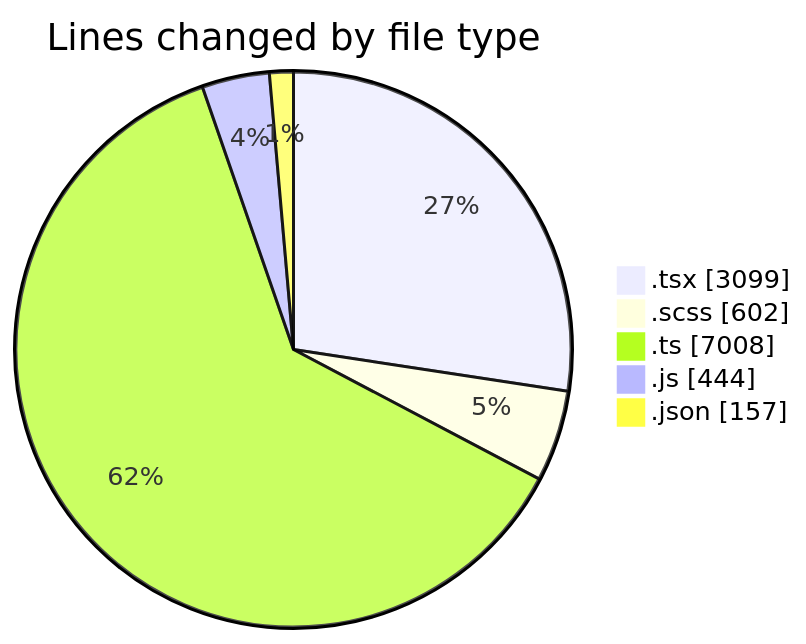
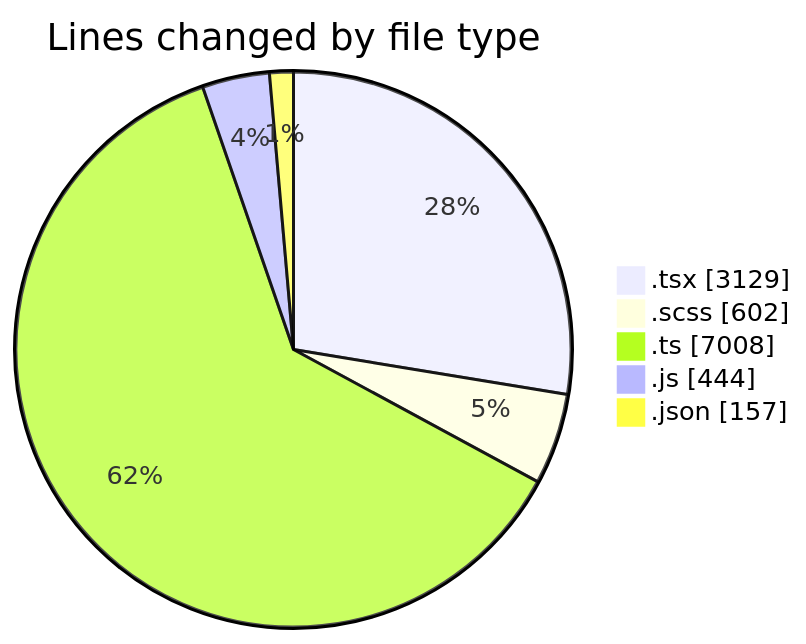
The first of 2 diagrams in 2026-04-23/cda/README.md (momahboobian/code-tracking), drawn with Mermaid before and after one commit. The commit also changed other lines of this file and 1 other file, not shown here.

````diff
--- a/2026-04-23/cda/README.md
+++ b/2026-04-23/cda/README.md
@@ -41,9 +41,9 @@
 ```mermaid
 pie showData
 title Lines changed by file type
-".tsx" : 3099
+".tsx" : 3129
 ".scss" : 602
 ".ts" : 7008
 ".js" : 444
 ".json" : 157
 ```
````
